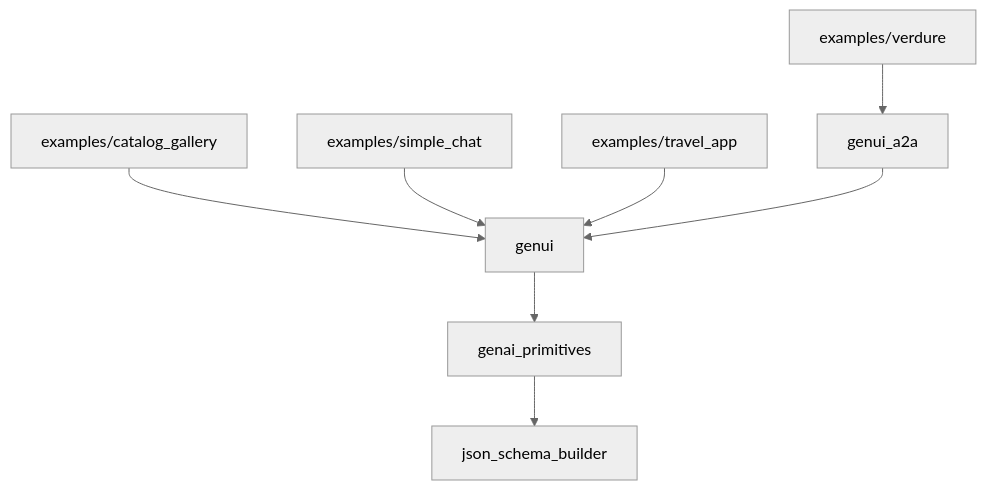
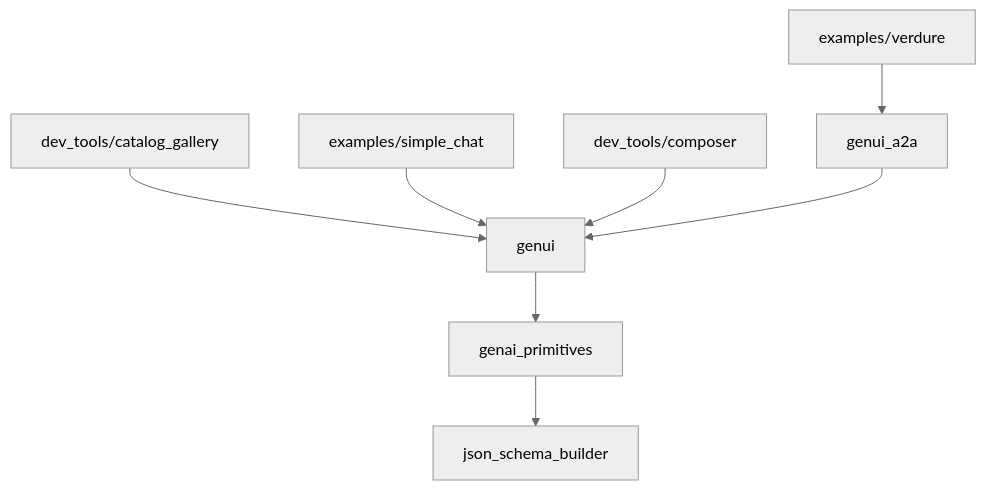
The diagram in README.md (jacobsimionato/genui), drawn with Mermaid (neutral theme) before and after one commit. The commit also changed other lines of this file and 46 other files, not shown here.

First line of the commit message:
refactor(examples): Clean up `travel_app` references and resurrect sample assets (#924)

````diff
--- a/README.md
+++ b/README.md
@@ -106,10 +104,10 @@
 ```mermaid
 graph TD
-  examples/catalog_gallery --> genui
+  dev_tools/catalog_gallery --> genui
   examples/simple_chat --> genui
-  examples/travel_app --> genui
+  dev_tools/composer --> genui
   examples/verdure --> genui_a2a
   genui_a2a --> genui
   genui --> genai_primitives
   genai_primitives --> json_schema_builder
 ```
````
